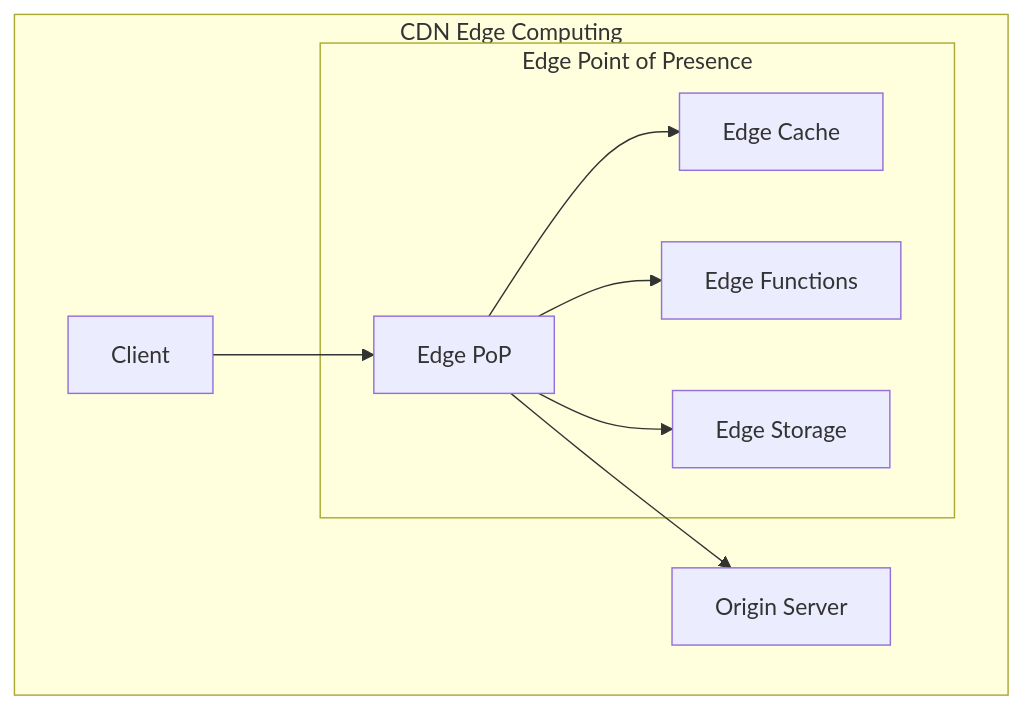
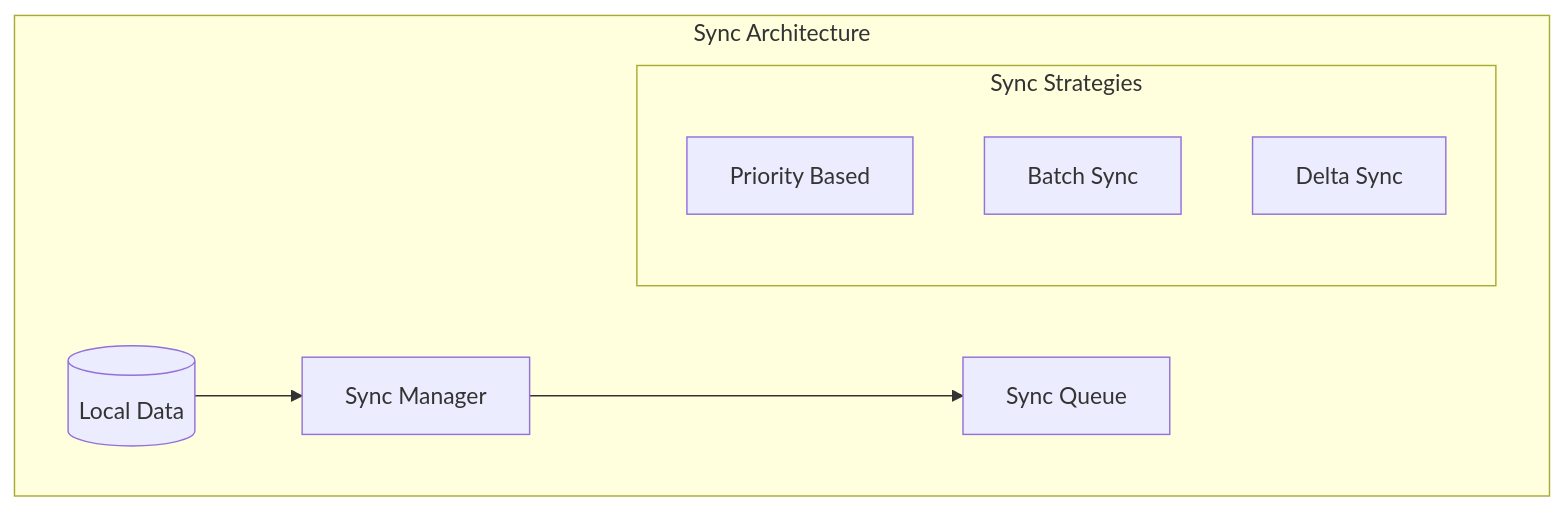
The third of 4 diagrams in src/Edge_Computing_Architectures.md (saravanakumarrc/Architecture_Journey), drawn with Mermaid before and after one commit. The commit also changed other lines of this file and 3 other files, not shown here.

````diff
--- a/src/Edge_Computing_Architectures.md
+++ b/src/Edge_Computing_Architectures.md
@@ -125,14 +130,13 @@
 ```mermaid
 graph TB
-    subgraph "CDN Edge Computing"
-        C[Client] --> EP[Edge PoP]
+    subgraph "Sync Architecture"
+        LD[(Local Data)] --> SM[Sync Manager]
+        SM --> Q[Sync Queue]
         
-        subgraph "Edge Point of Presence"
-            EP --> EC[Edge Cache]
-            EP --> EF[Edge Functions]
-            EP --> ES[Edge Storage]
+        subgraph "Sync Strategies"
+            P[Priority Based]
+            B[Batch Sync]
+            D[Delta Sync]
         end
-        
-        EP --> O[Origin Server]
     end
 ```
````
